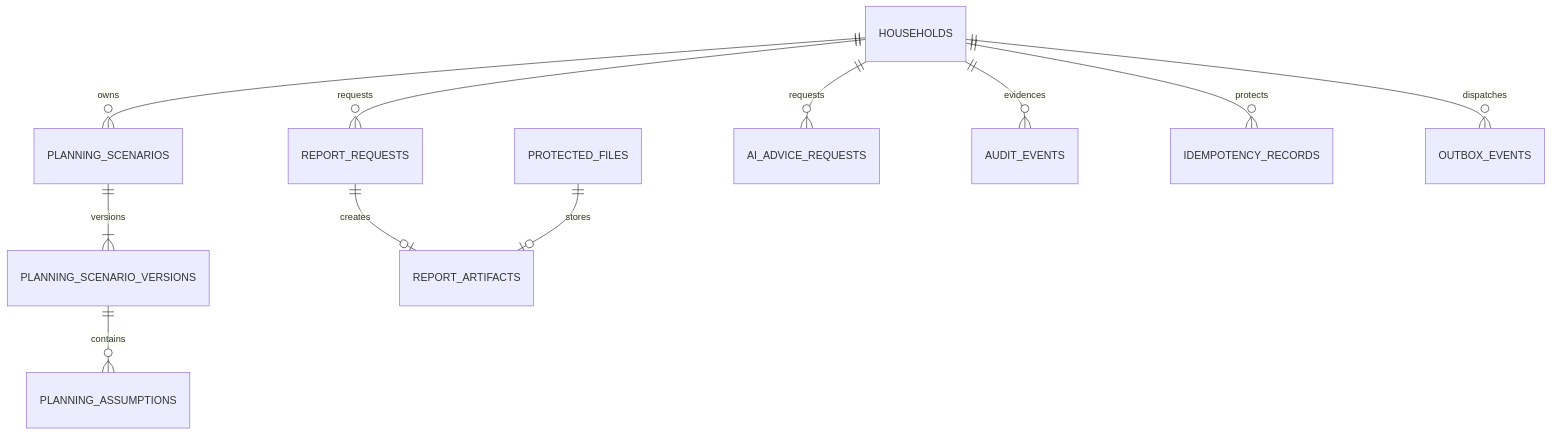
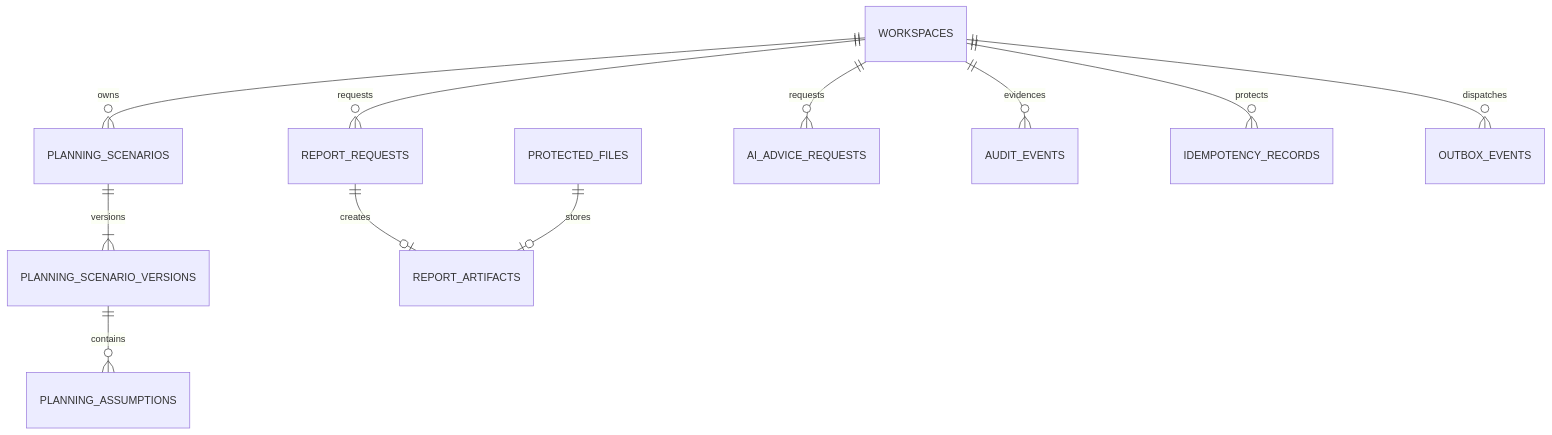
The third of 3 diagrams in docs/08_Database_Design.md (saiteinthine1020-source/F2S), drawn with Mermaid before and after one commit. The commit also changed other lines of this file and 36 other files, not shown here.

````diff
--- a/docs/08_Database_Design.md
+++ b/docs/08_Database_Design.md
@@ -93,13 +95,13 @@
 ```mermaid
 erDiagram
-    HOUSEHOLDS ||--o{ PLANNING_SCENARIOS : owns
+    WORKSPACES ||--o{ PLANNING_SCENARIOS : owns
     PLANNING_SCENARIOS ||--|{ PLANNING_SCENARIO_VERSIONS : versions
     PLANNING_SCENARIO_VERSIONS ||--o{ PLANNING_ASSUMPTIONS : contains
-    HOUSEHOLDS ||--o{ REPORT_REQUESTS : requests
+    WORKSPACES ||--o{ REPORT_REQUESTS : requests
     REPORT_REQUESTS ||--o| REPORT_ARTIFACTS : creates
     PROTECTED_FILES ||--o| REPORT_ARTIFACTS : stores
-    HOUSEHOLDS ||--o{ AI_ADVICE_REQUESTS : requests
-    HOUSEHOLDS ||--o{ AUDIT_EVENTS : evidences
-    HOUSEHOLDS ||--o{ IDEMPOTENCY_RECORDS : protects
-    HOUSEHOLDS ||--o{ OUTBOX_EVENTS : dispatches
+    WORKSPACES ||--o{ AI_ADVICE_REQUESTS : requests
+    WORKSPACES ||--o{ AUDIT_EVENTS : evidences
+    WORKSPACES ||--o{ IDEMPOTENCY_RECORDS : protects
+    WORKSPACES ||--o{ OUTBOX_EVENTS : dispatches
 ```
````
